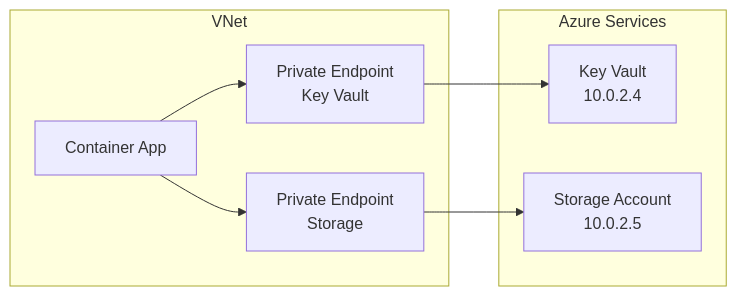
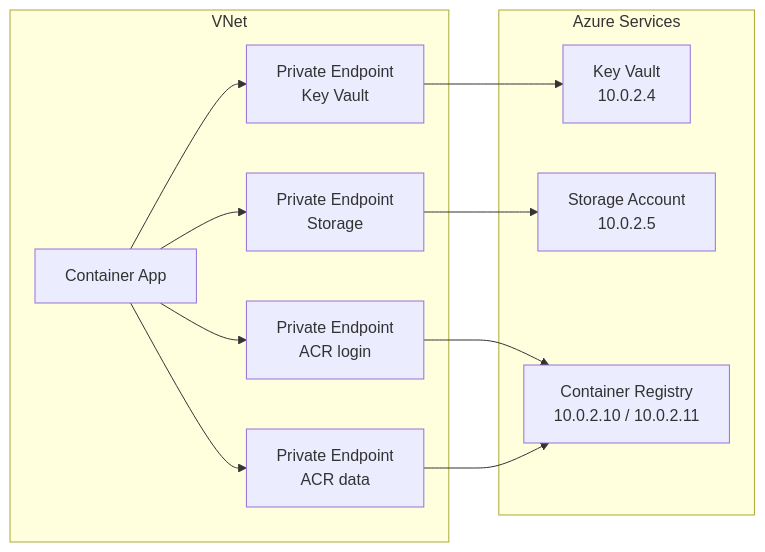
Before and after one commit to yeongseon/azure-container-apps-practical-guide: the first of 2 diagrams in docs/recipes/networking-private-endpoint.md, drawn with Mermaid. The commit also changed other lines of this file and 6 other files, not shown here.

First line of the commit message:
feat: add private ACR with Private Endpoint recipe

````diff
--- a/docs/recipes/networking-private-endpoint.md
+++ b/docs/recipes/networking-private-endpoint.md
@@ -7,16 +7,21 @@
 ```mermaid
 flowchart LR
     subgraph VNet
         CA[Container App]
         PE1[Private Endpoint<br/>Key Vault]
         PE2[Private Endpoint<br/>Storage]
+        PE3[Private Endpoint<br/>ACR login]
+        PE4[Private Endpoint<br/>ACR data]
     end
     
     subgraph Azure Services
         KV[Key Vault<br/>10.0.2.4]
         ST[Storage Account<br/>10.0.2.5]
+        ACR[Container Registry<br/>10.0.2.10 / 10.0.2.11]
     end
     
     CA --> PE1 --> KV
     CA --> PE2 --> ST
+    CA --> PE3 --> ACR
+    CA --> PE4 --> ACR
 ```
````
